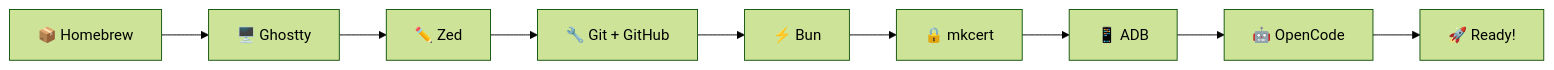
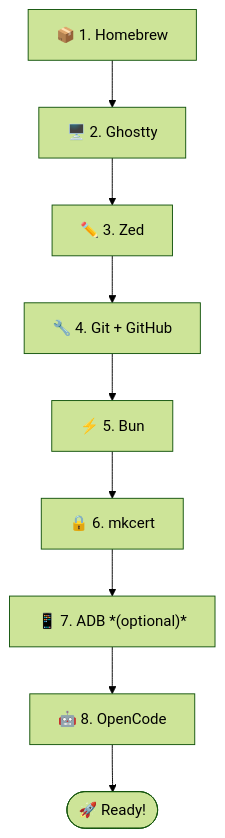
Before and after one commit to nasti-cpu/neural-flight-v2: the diagram in tutorials/macos.md, drawn with Mermaid (forest theme). The commit also changed 5 other files, not shown here.

Commit message:
style: 💄 switch Mermaid diagrams from LR to TD

````diff
--- a/tutorials/macos.md
+++ b/tutorials/macos.md
@@ -5,11 +5,11 @@
 ```mermaid
-flowchart LR
-    A[📦 Homebrew] --> B[🖥️ Ghostty]
-    B --> C[✏️ Zed]
-    C --> D[🔧 Git + GitHub]
-    D --> E[⚡ Bun]
-    E --> F[🔒 mkcert]
-    F --> G[📱 ADB]
-    G --> H[🤖 OpenCode]
-    H --> I[🚀 Ready!]
+flowchart TD
+    A["📦 1. Homebrew"] --> B["🖥️ 2. Ghostty"]
+    B --> C["✏️ 3. Zed"]
+    C --> D["🔧 4. Git + GitHub"]
+    D --> E["⚡ 5. Bun"]
+    E --> F["🔒 6. mkcert"]
+    F --> G["📱 7. ADB *(optional)*"]
+    G --> H["🤖 8. OpenCode"]
+    H --> I(["🚀 Ready!"])
 ```
````
